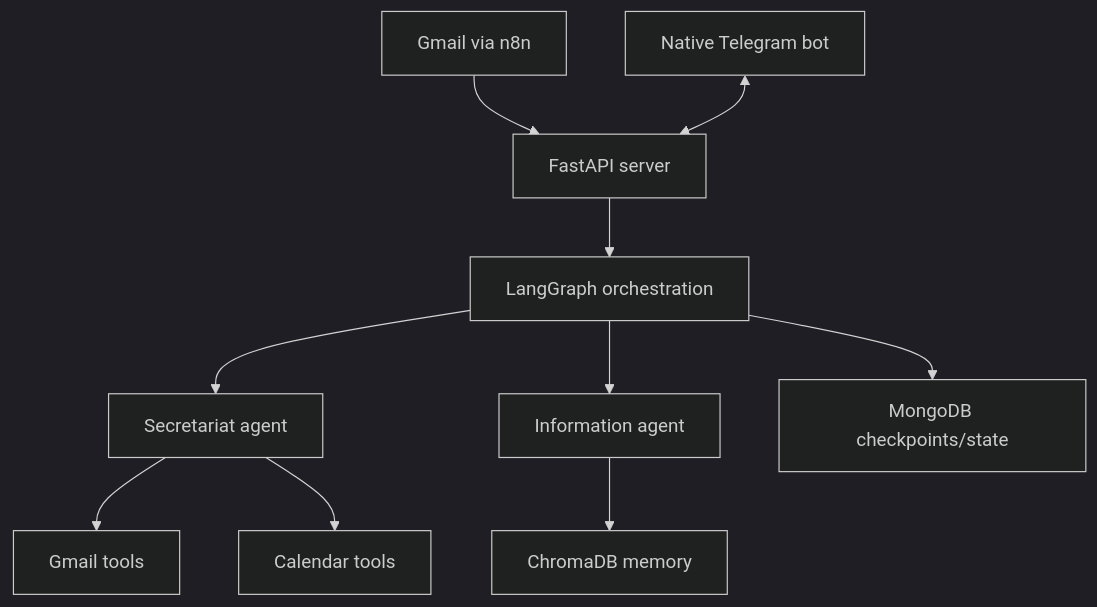
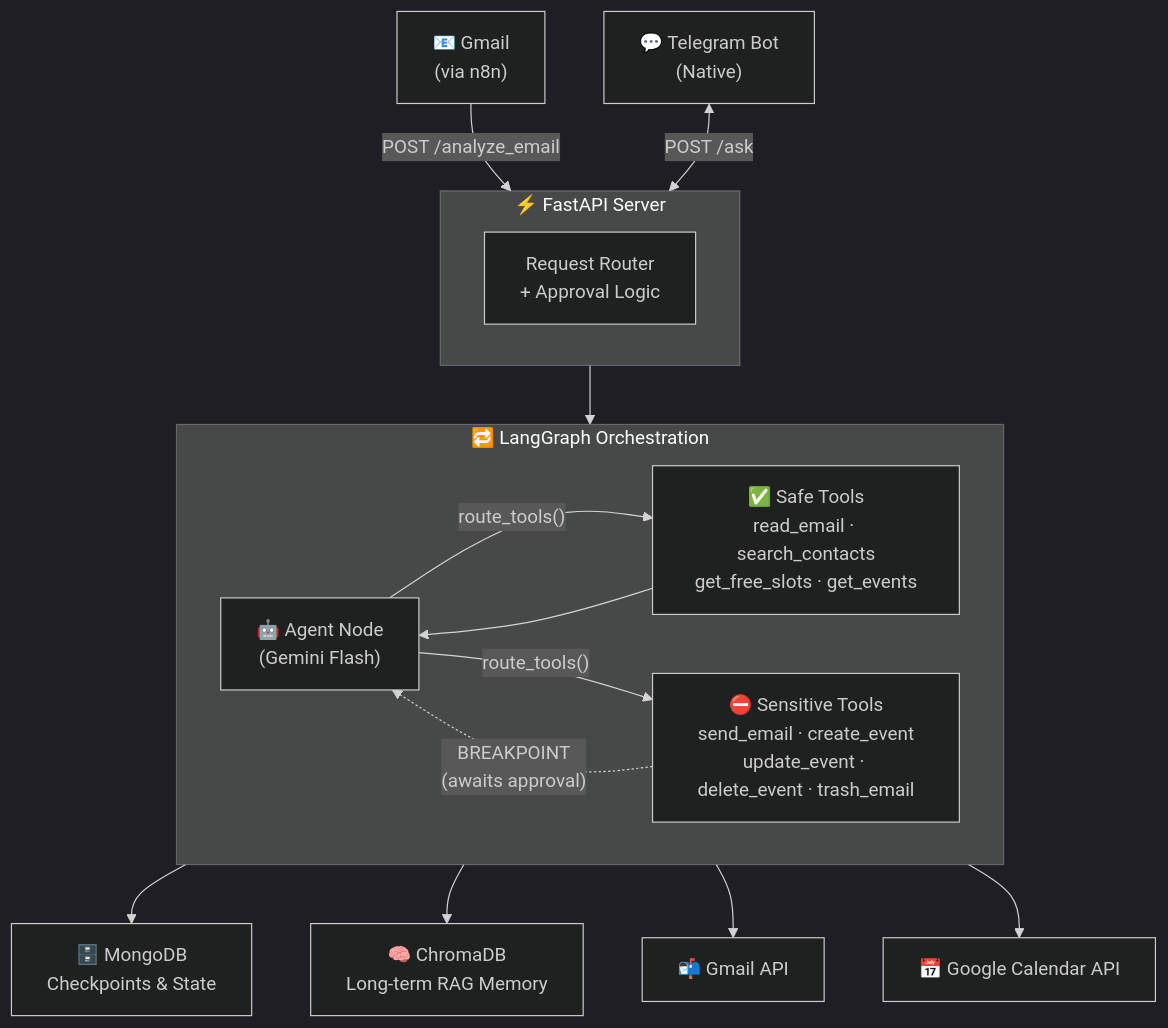
Before and after one commit to GolanLevi/myOS: the diagram in README.md, drawn with Mermaid (dark theme). The commit also changed other lines of this file and 1 other file, not shown here.

Commit message:
docs: rewrite README with LangGraph architecture (temporarily removed screenshots)

````diff
--- a/README.md
+++ b/README.md
@@ -69,12 +41,27 @@
 ```mermaid
 graph TD
-    Gmail["Gmail via n8n"] --> API["FastAPI server"]
-    Telegram["Native Telegram bot"] <--> API
-    API --> Graph["LangGraph orchestration"]
-    Graph --> Sec["Secretariat agent"]
-    Graph --> Info["Information agent"]
-    Sec --> GTools["Gmail tools"]
-    Sec --> CTools["Calendar tools"]
-    Info --> Chroma["ChromaDB memory"]
-    Graph --> Mongo["MongoDB checkpoints/state"]
+    Gmail["📧 Gmail\n(via n8n)"] -->|POST /analyze_email| API
+    Telegram["💬 Telegram Bot\n(Native)"] <-->|POST /ask| API
+
+    subgraph API["⚡ FastAPI Server"]
+        Router["Request Router\n+ Approval Logic"]
+    end
+
+    API --> Graph
+
+    subgraph Graph["🔁 LangGraph Orchestration"]
+        Agent["🤖 Agent Node\n(Gemini Flash)"]
+        SafeTools["✅ Safe Tools\nread_email · search_contacts\nget_free_slots · get_events"]
+        SensitiveTools["⛔ Sensitive Tools\nsend_email · create_event\nupdate_event · delete_event · trash_email"]
+
+        Agent -->|"route_tools()"| SafeTools
+        Agent -->|"route_tools()"| SensitiveTools
+        SafeTools --> Agent
+        SensitiveTools -.->|"BREAKPOINT\n(awaits approval)"| Agent
+    end
+
+    Graph --> MongoDB["🗄️ MongoDB\nCheckpoints & State"]
+    Graph --> ChromaDB["🧠 ChromaDB\nLong-term RAG Memory"]
+    Graph --> GmailAPI["📬 Gmail API"]
+    Graph --> CalendarAPI["📅 Google Calendar API"]
 ```
````
